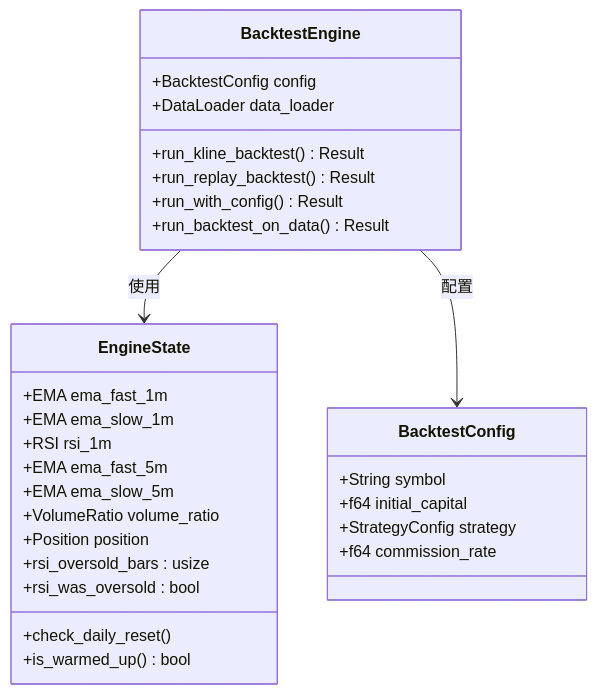
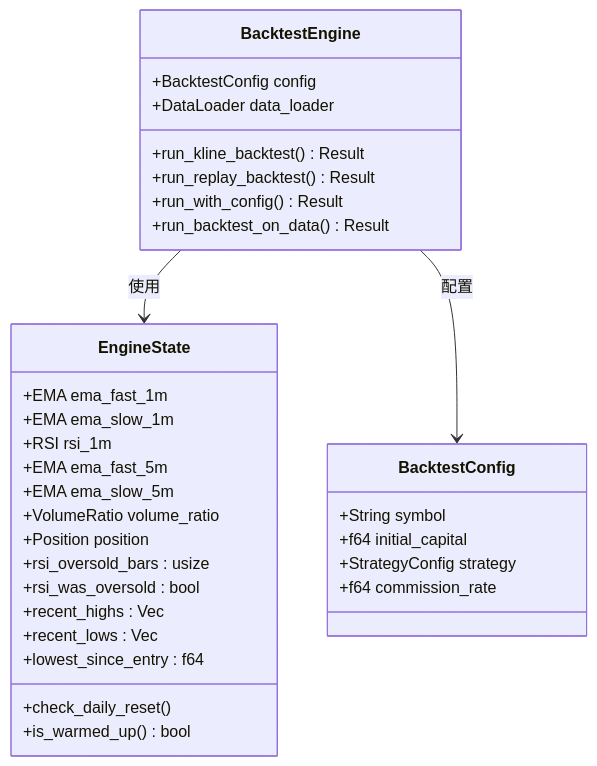
One commit to Heres1/binanceWebsocket changed the fifth of 17 diagrams in .qoder/repowiki/zh/content/核心模块/回测系统.md. Above: the diagram before and after it, drawn with Mermaid. The commit also changed other lines of this file and 7 other files, not shown here.

````diff
--- a/.qoder/repowiki/zh/content/核心模块/回测系统.md
+++ b/.qoder/repowiki/zh/content/核心模块/回测系统.md
@@ -184,32 +221,35 @@
 ```mermaid
 classDiagram
 class BacktestEngine {
 +BacktestConfig config
 +DataLoader data_loader
 +run_kline_backtest() Result
 +run_replay_backtest() Result
 +run_with_config() Result
 +run_backtest_on_data() Result
 }
 class EngineState {
 +EMA ema_fast_1m
 +EMA ema_slow_1m
 +RSI rsi_1m
 +EMA ema_fast_5m
 +EMA ema_slow_5m
 +VolumeRatio volume_ratio
 +Position position
 +check_daily_reset()
 +is_warmed_up() bool
 +rsi_oversold_bars : usize
 +rsi_was_oversold : bool
++recent_highs : Vec<f64>
++recent_lows : Vec<f64>
++lowest_since_entry : f64
 }
 class BacktestConfig {
 +String symbol
 +f64 initial_capital
 +StrategyConfig strategy
 +f64 commission_rate
 }
 BacktestEngine --> EngineState : 使用
 BacktestEngine --> BacktestConfig : 配置
 ```
````
